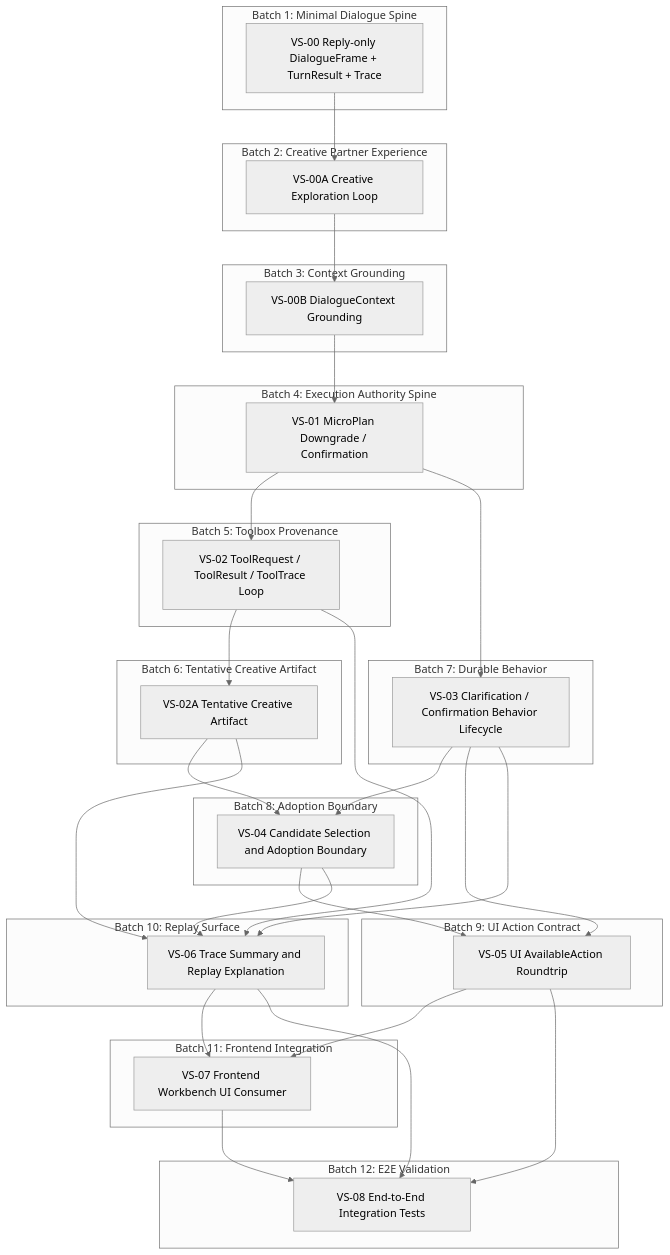
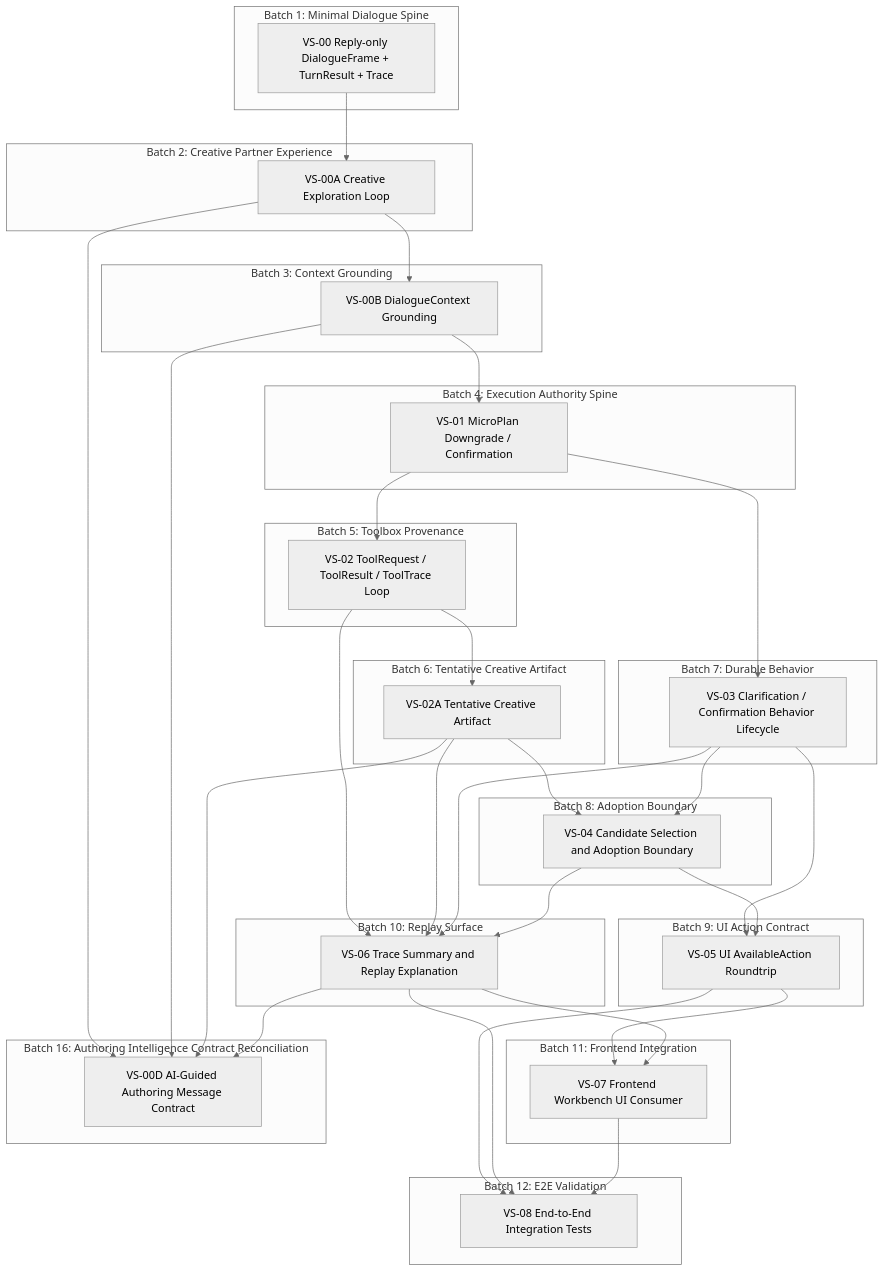
One commit to tongsh6/ai-novel-studio changed the diagram in tasks/slices/v3/DAG.md. Above: the diagram before and after it, drawn with Mermaid (neutral theme). The commit also changed other lines of this file and 22 other files, not shown here.

````diff
--- a/tasks/slices/v3/DAG.md
+++ b/tasks/slices/v3/DAG.md
@@ -13,70 +13,78 @@
 ```mermaid
 flowchart TD
   subgraph Batch1["Batch 1: Minimal Dialogue Spine"]
     VS00["VS-00 Reply-only DialogueFrame + TurnResult + Trace"]
   end
 
   subgraph Batch2["Batch 2: Creative Partner Experience"]
     VS00A["VS-00A Creative Exploration Loop"]
   end
 
   subgraph Batch3["Batch 3: Context Grounding"]
     VS00B["VS-00B DialogueContext Grounding"]
   end
 
   subgraph Batch4["Batch 4: Execution Authority Spine"]
     VS01["VS-01 MicroPlan Downgrade / Confirmation"]
   end
 
   subgraph Batch5["Batch 5: Toolbox Provenance"]
     VS02["VS-02 ToolRequest / ToolResult / ToolTrace Loop"]
   end
 
   subgraph Batch6["Batch 6: Tentative Creative Artifact"]
     VS02A["VS-02A Tentative Creative Artifact"]
   end
 
   subgraph Batch7["Batch 7: Durable Behavior"]
     VS03["VS-03 Clarification / Confirmation Behavior Lifecycle"]
   end
 
   subgraph Batch8["Batch 8: Adoption Boundary"]
     VS04["VS-04 Candidate Selection and Adoption Boundary"]
   end
 
   subgraph Batch9["Batch 9: UI Action Contract"]
     VS05["VS-05 UI AvailableAction Roundtrip"]
   end
 
   subgraph Batch10["Batch 10: Replay Surface"]
     VS06["VS-06 Trace Summary and Replay Explanation"]
   end
 
   subgraph Batch11["Batch 11: Frontend Integration"]
     VS07["VS-07 Frontend Workbench UI Consumer"]
   end
 
   subgraph Batch12["Batch 12: E2E Validation"]
     VS08["VS-08 End-to-End Integration Tests"]
   end
 
+  subgraph Batch16["Batch 16: Authoring Intelligence Contract Reconciliation"]
+    VS00D["VS-00D AI-Guided Authoring Message Contract"]
+  end
+
   VS00 --> VS00A
   VS00A --> VS00B
   VS00B --> VS01
   VS01 --> VS02
   VS01 --> VS03
   VS02 --> VS02A
   VS02A --> VS04
   VS03 --> VS04
   VS03 --> VS05
   VS04 --> VS05
   VS02 --> VS06
   VS02A --> VS06
   VS03 --> VS06
   VS04 --> VS06
   VS05 --> VS07
   VS06 --> VS07
   VS05 --> VS08
   VS06 --> VS08
   VS07 --> VS08
+  VS00A --> VS00D
+  VS00B --> VS00D
+  VS02A --> VS00D
+  VS06 --> VS00D
 ```
````
